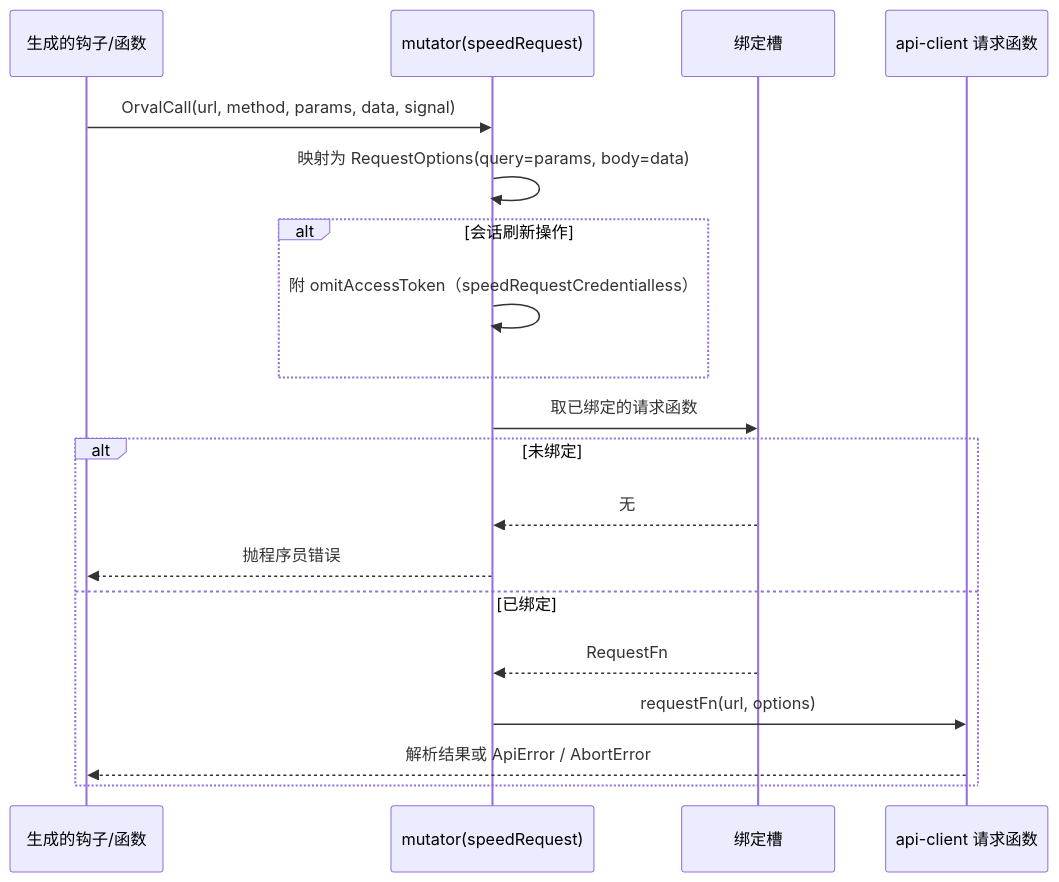
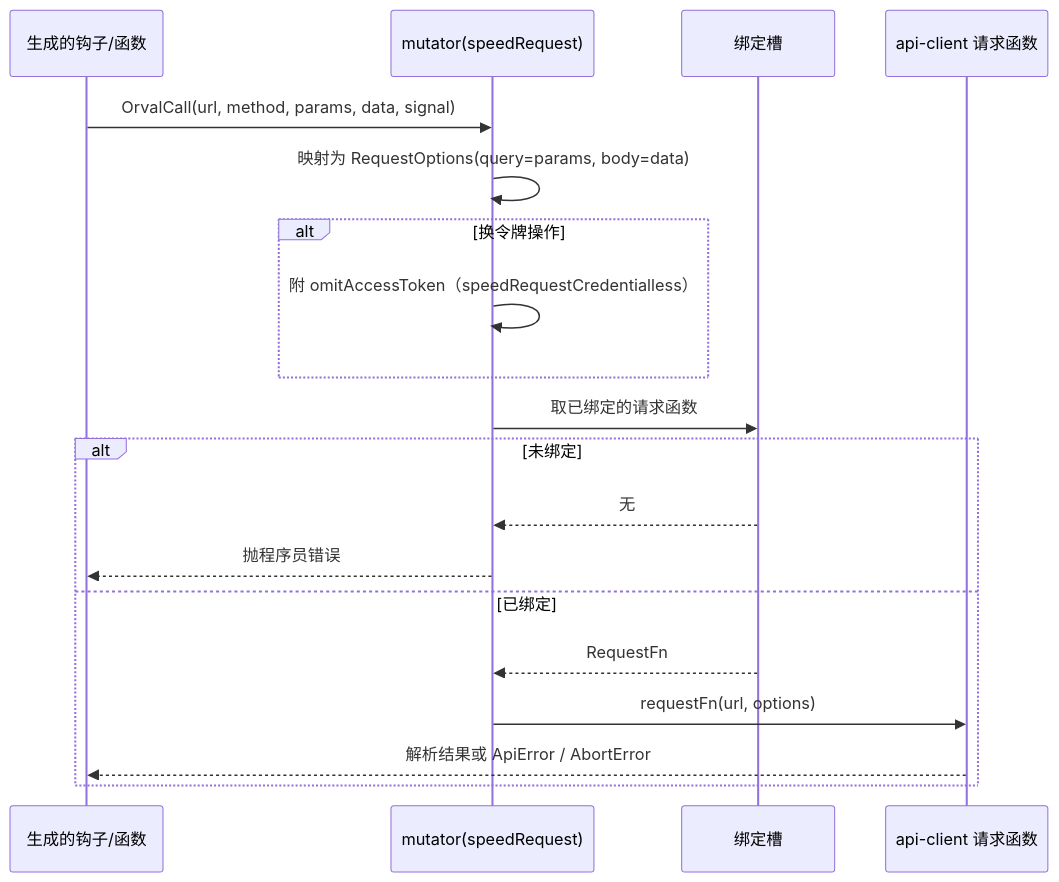
One commit to wangzw/speed changed the diagram in docs/design/modules/web/design-web-api-sdk.md. Above: the diagram before and after it, drawn with Mermaid. The commit also changed other lines of this file and 534 other files, not shown here.

````diff
--- a/docs/design/modules/web/design-web-api-sdk.md
+++ b/docs/design/modules/web/design-web-api-sdk.md
@@ -80,22 +80,22 @@
 ```mermaid
 sequenceDiagram
     participant Hook as 生成的钩子/函数
     participant Mut as mutator(speedRequest)
     participant Bind as 绑定槽
     participant Client as api-client 请求函数
 
     Hook->>Mut: OrvalCall(url, method, params, data, signal)
     Mut->>Mut: 映射为 RequestOptions(query=params, body=data)
-    alt 会话刷新操作
+    alt 换令牌操作
         Mut->>Mut: 附 omitAccessToken（speedRequestCredentialless）
     end
     Mut->>Bind: 取已绑定的请求函数
     alt 未绑定
         Bind-->>Mut: 无
         Mut-->>Hook: 抛程序员错误
     else 已绑定
         Bind-->>Mut: RequestFn
         Mut->>Client: requestFn(url, options)
         Client-->>Hook: 解析结果或 ApiError / AbortError
     end
 ```
````
